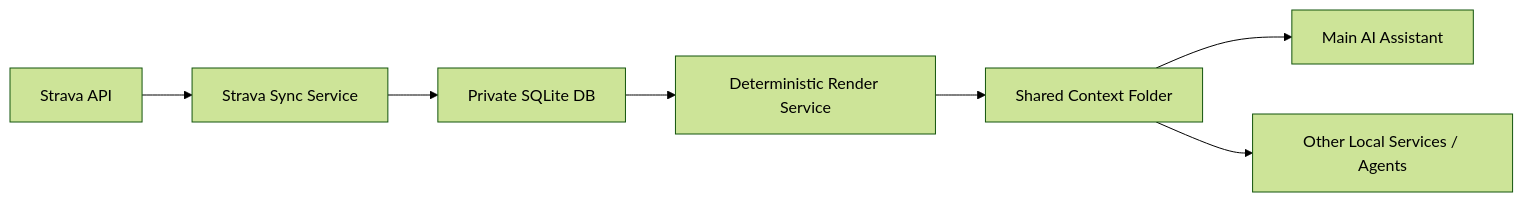
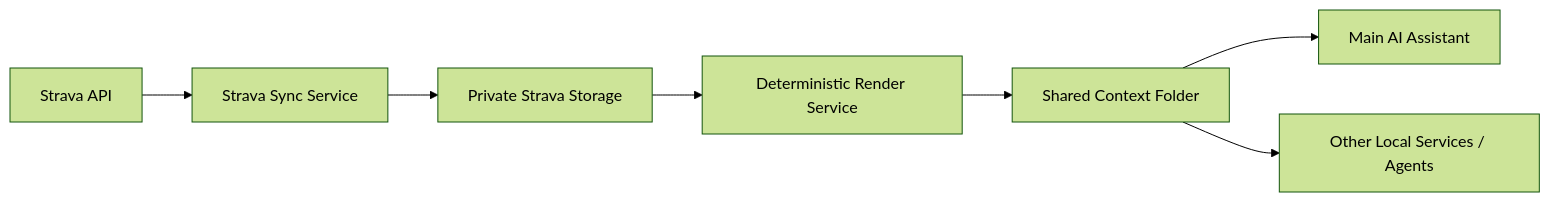
One commit to rodo1985/strava-activity-sync changed the diagram in docs/strava-context.md. Above: the diagram before and after it, drawn with Mermaid (forest theme). The commit also changed other lines of this file and 27 other files, not shown here.

````diff
--- a/docs/strava-context.md
+++ b/docs/strava-context.md
@@ -45,9 +45,9 @@
 ```mermaid
 flowchart LR
     Strava["Strava API"] --> Sync["Strava Sync Service"]
-    Sync --> DB["Private SQLite DB"]
+    Sync --> DB["Private Strava Storage"]
     DB --> Render["Deterministic Render Service"]
     Render --> Shared["Shared Context Folder"]
     Shared --> Assistant["Main AI Assistant"]
     Shared --> Other["Other Local Services / Agents"]
 ```
````
